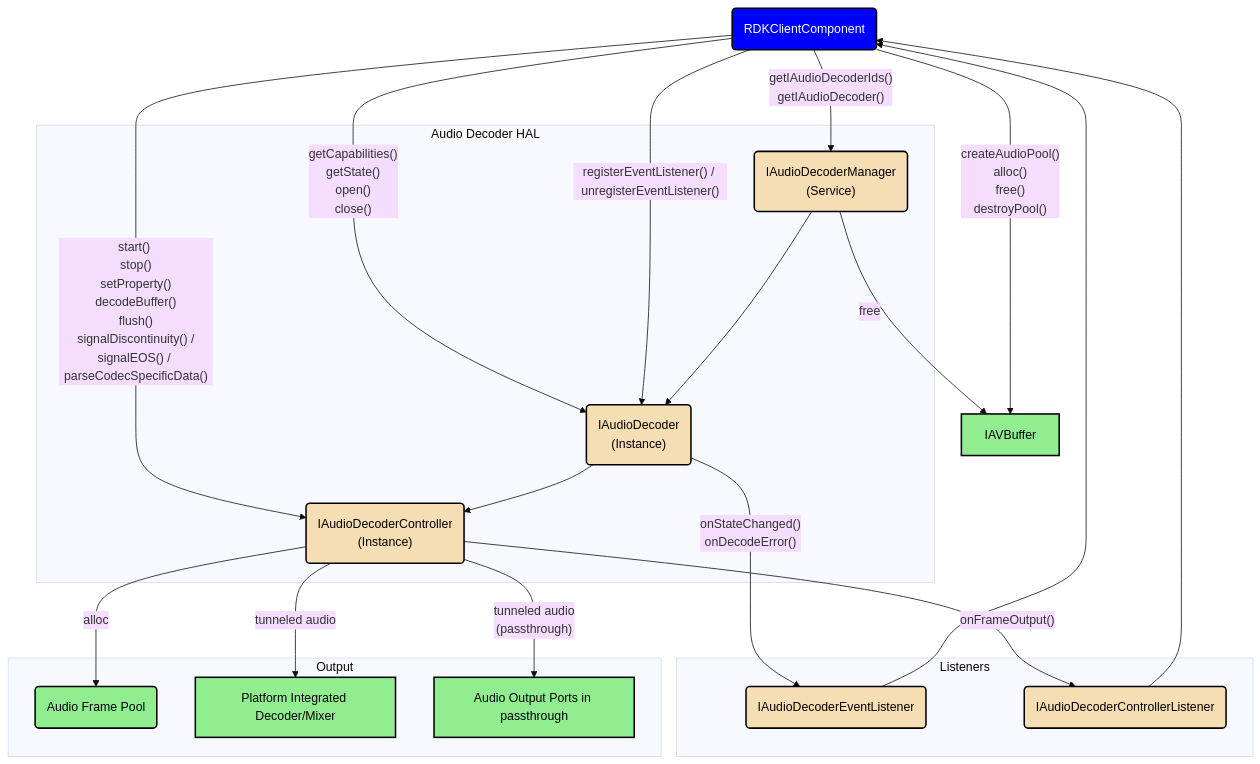
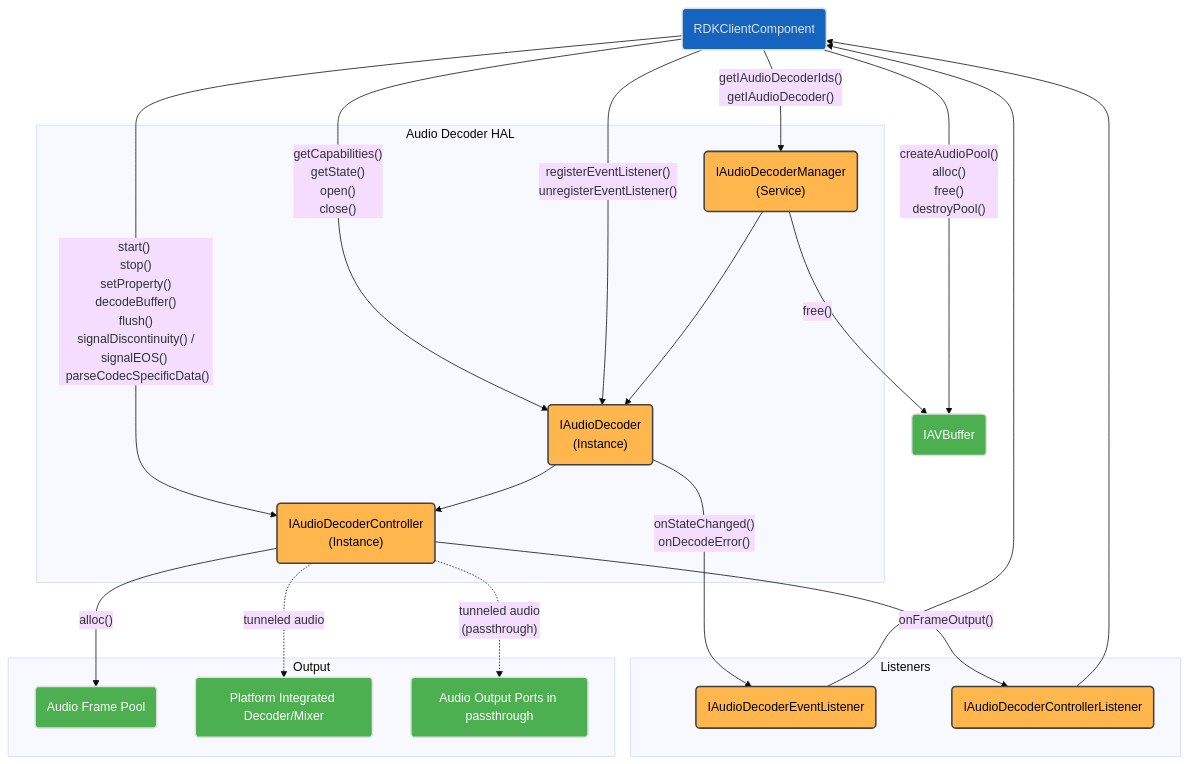
The first of 3 diagrams in docs/halif/audio_decoder/current/audio_decoder.md (rdkcentral/rdk-halif-aidl), drawn with Mermaid (base theme) before and after one commit. The commit also changed other lines of this file and 27 other files, not shown here.

Commit message:
updated #19 audio, video, service manager, av, clock

````diff
--- a/docs/halif/audio_decoder/current/audio_decoder.md
+++ b/docs/halif/audio_decoder/current/audio_decoder.md
@@ -83,50 +103,50 @@
 ```mermaid
 flowchart TD
     RDKClientComponent("RDKClientComponent")
     subgraph Listeners["Listeners"]
         IAudioDecoderEventListener("IAudioDecoderEventListener")
         IAudioDecoderControllerListener("IAudioDecoderControllerListener")
     end
     subgraph IAudioDecoderHAL["Audio Decoder HAL"]
         IAudioDecoderManager("IAudioDecoderManager <br>(Service)")
         IAudioDecoder("IAudioDecoder <br>(Instance)")
         IAudioDecoderController("IAudioDecoderController <br>(Instance)")
     end
     subgraph OutputComponents["Output"]
         AudioFramePool("Audio Frame Pool")
-        PlatformDecoder["Platform Integrated Decoder/Mixer"]
-        AudioOutput["Audio Output Ports in passthrough"]
+        PlatformDecoder("Platform Integrated Decoder/Mixer")
+        AudioOutput("Audio Output Ports in passthrough")
     end
-    RDKClientComponent -- createAudioPool() <br> alloc() <br> free() <br> destroyPool() --> IAVBuffer
+    RDKClientComponent -- createAudioPool() <br> alloc() <br> free() <br> destroyPool() --> IAVBuffer(IAVBuffer)
     RDKClientComponent -- getIAudioDecoderIds() <br> getIAudioDecoder() --> IAudioDecoderManager
     RDKClientComponent -- getCapabilities() <br> getState() <br> open() <br> close() --> IAudioDecoder
-    RDKClientComponent -- registerEventListener() / unregisterEventListener() --> IAudioDecoder
-    RDKClientComponent -- start() <br> stop() <br> setProperty() <br> decodeBuffer() <br> flush() <br> signalDiscontinuity() / signalEOS() / parseCodecSpecificData() --> IAudioDecoderController
+    RDKClientComponent -- registerEventListener() <br> unregisterEventListener() --> IAudioDecoder
+    RDKClientComponent -- start() <br> stop() <br> setProperty() <br> decodeBuffer() <br> flush() <br> signalDiscontinuity() / signalEOS() <br> parseCodecSpecificData() --> IAudioDecoderController
     IAudioDecoderManager --> IAudioDecoder --> IAudioDecoderController
     IAudioDecoder -- onStateChanged() <br> onDecodeError() --> IAudioDecoderEventListener
     IAudioDecoderEventListener --> RDKClientComponent
     IAudioDecoderControllerListener --> RDKClientComponent
     IAudioDecoderController -- onFrameOutput() --> IAudioDecoderControllerListener
-    IAudioDecoderController -- alloc --> AudioFramePool
-    IAudioDecoderManager -- free --> IAVBuffer
-    IAudioDecoderController -- tunneled audio --> PlatformDecoder
-    IAudioDecoderController -- tunneled audio <br>(passthrough) --> AudioOutput
+    IAudioDecoderController -- alloc() --> AudioFramePool
+    IAudioDecoderManager -- free() --> IAVBuffer
+    IAudioDecoderController -. tunneled audio -.-> PlatformDecoder
+    IAudioDecoderController -. tunneled audio <br>(passthrough) -.-> AudioOutput
 
+    classDef background fill:#121212,stroke:none,color:#E0E0E0;
+    classDef blue fill:#1565C0,stroke:#E0E0E0,stroke-width:2px,color:#E0E0E0;
+    classDef lightGrey fill:#616161,stroke:#E0E0E0,stroke-width:2px,color:#FFFFFF;
+    classDef wheat fill:#FFB74D,stroke:#424242,stroke-width:2px,color:#000000;
+    classDef green fill:#4CAF50,stroke:#E0E0E0,stroke-width:2px,color:#FFFFFF;
+    classDef default fill:#1E1E1E,stroke:#E0E0E0,stroke-width:1px,color:#E0E0E0;
 
     RDKClientComponent:::blue
-    classDef background fill:#FFFFFF,stroke:none
-    classDef blue fill:#0000FF,stroke:#000,stroke-width:2px,color:#FFF
-    classDef lightGrey fill:#E0E0E0,stroke:#000,stroke-width:2px,color:#000
-    classDef wheat fill:#F5DEB3,stroke:#000,stroke-width:2px,color:#000
-    classDef green fill:#90EE90,stroke:#000,stroke-width:2px,color:#000
-    classDef default fill:#FFFFFF,stroke:#000,stroke-width:1px
     IAudioDecoderManager:::wheat
     IAudioDecoderController:::wheat
     IAudioDecoder:::wheat
     IAVBuffer:::green
     IAudioDecoderControllerListener:::wheat
     IAudioDecoderEventListener:::wheat
     AudioFramePool:::green
     PlatformDecoder:::green
     AudioOutput:::green
 ```
````
